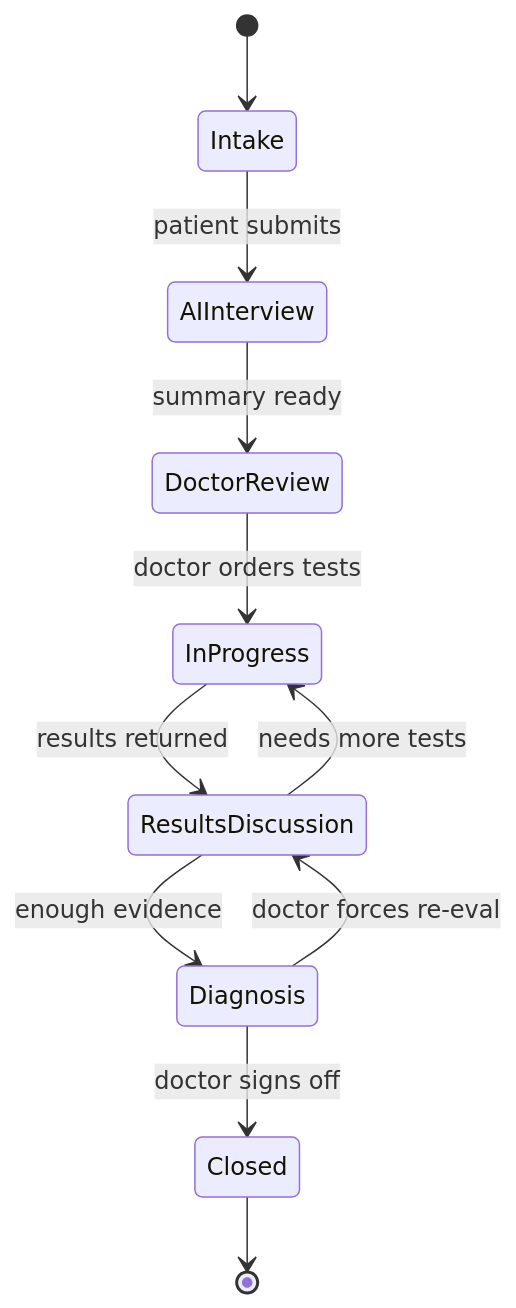
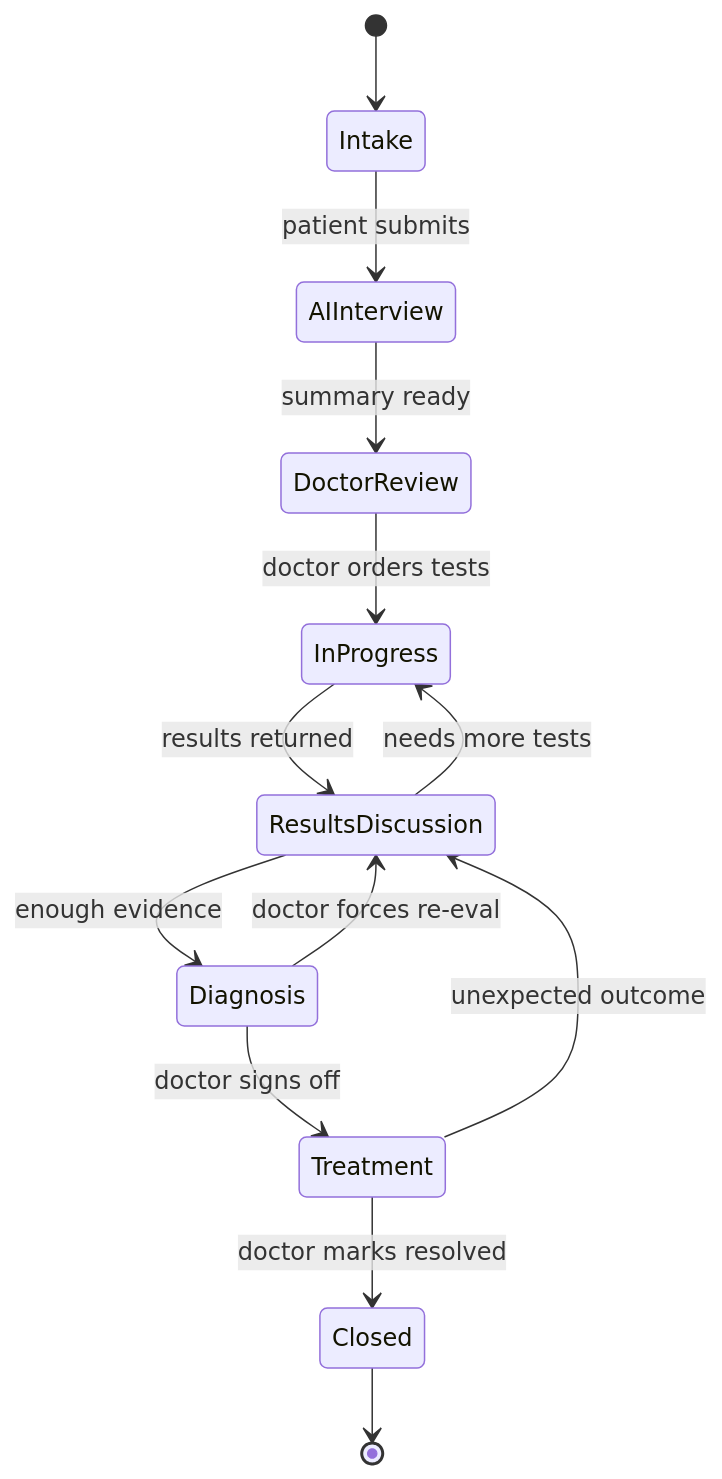
One commit to Abdulrahman-Kaddoura/Byters-aws-hackathon changed the first of 3 diagrams in docs/WORKFLOW.md. Above: the diagram before and after it, drawn with Mermaid. The commit also changed other lines of this file and 35 other files, not shown here.

````diff
--- a/docs/WORKFLOW.md
+++ b/docs/WORKFLOW.md
@@ -17,13 +17,15 @@
 ```mermaid
 stateDiagram-v2
     [*] --> Intake
     Intake --> AIInterview: patient submits
     AIInterview --> DoctorReview: summary ready
     DoctorReview --> InProgress: doctor orders tests
     InProgress --> ResultsDiscussion: results returned
     ResultsDiscussion --> InProgress: needs more tests
     ResultsDiscussion --> Diagnosis: enough evidence
     Diagnosis --> ResultsDiscussion: doctor forces re-eval
-    Diagnosis --> Closed: doctor signs off
+    Diagnosis --> Treatment: doctor signs off
+    Treatment --> ResultsDiscussion: unexpected outcome
+    Treatment --> Closed: doctor marks resolved
     Closed --> [*]
 ```
````
